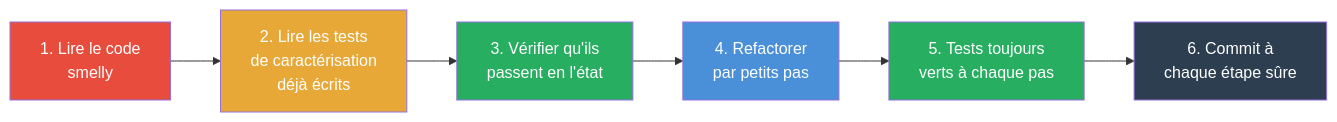
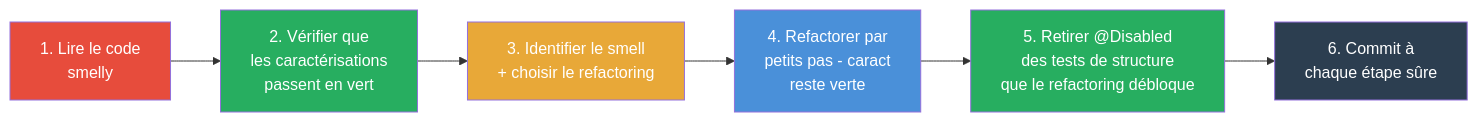
Before and after one commit to IUTInfoAix-R203/cours: the third of 3 diagrams in cm2-tdd-refactoring.md, drawn with Mermaid. The commit also changed other lines of this file, not shown here.

````diff
--- a/cm2-tdd-refactoring.md
+++ b/cm2-tdd-refactoring.md
@@ -1074,15 +1074,15 @@
 ```mermaid
 graph LR
-    A[1. Lire le code<br/>smelly] --> B[2. Lire les tests<br/>de caractérisation<br/>déjà écrits]
-    B --> C[3. Vérifier qu'ils<br/>passent en l'état]
-    C --> D[4. Refactorer<br/>par petits pas]
-    D --> E[5. Tests toujours<br/>verts à chaque pas]
+    A[1. Lire le code<br/>smelly] --> B[2. Vérifier que<br/>les caractérisations<br/>passent en vert]
+    B --> C[3. Identifier le smell<br/>+ choisir le refactoring]
+    C --> D[4. Refactorer par<br/>petits pas - caract<br/>reste verte]
+    D --> E[5. Retirer @Disabled<br/>des tests de structure<br/>que le refactoring débloque]
     E --> F[6. Commit à<br/>chaque étape sûre]
 
     style A fill:#e74c3c,color:#fff
-    style B fill:#e8a838,color:#fff
-    style C fill:#27ae60,color:#fff
+    style B fill:#27ae60,color:#fff
+    style C fill:#e8a838,color:#fff
     style D fill:#4a90d9,color:#fff
     style E fill:#27ae60,color:#fff
     style F fill:#2c3e50,color:#fff
 ```
````
